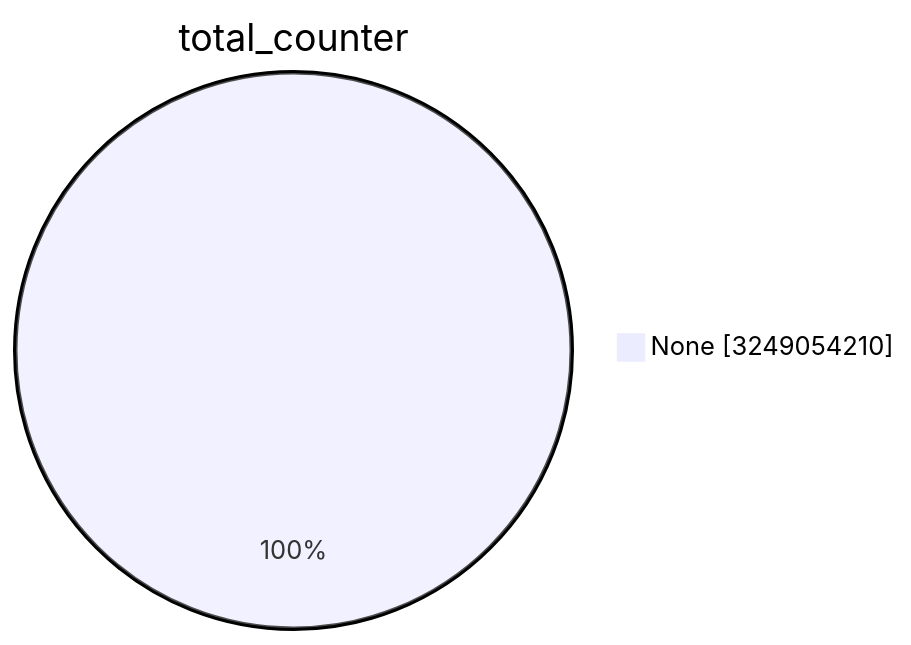
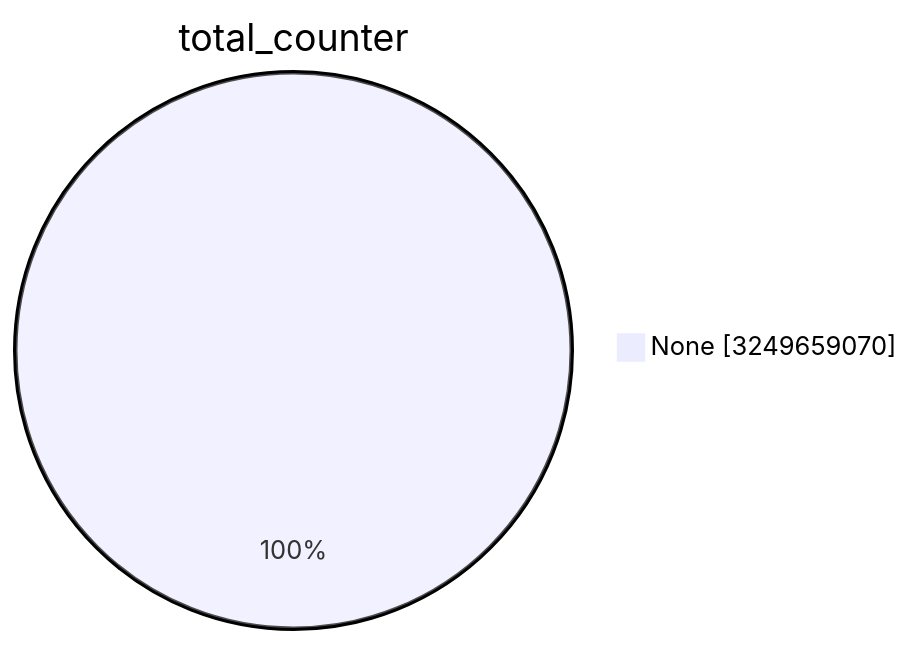
Before and after one commit to christiankrug/ctmonitor_visualization: the first of 15 diagrams in TOTAL/README.md, drawn with Mermaid. The commit also changed other lines of this file, not shown here.

````diff
--- a/TOTAL/README.md
+++ b/TOTAL/README.md
@@ -1,5 +1,5 @@
 ```mermaid
 pie showData
 title total_counter
-"None" :3249054210
+"None" :3249659070
 ```
````
